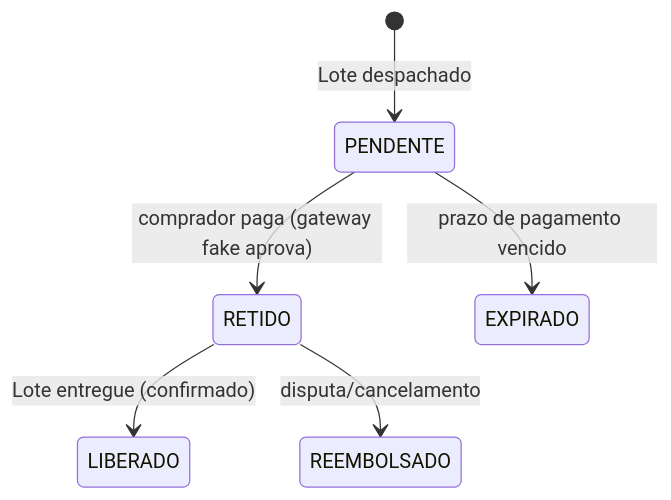
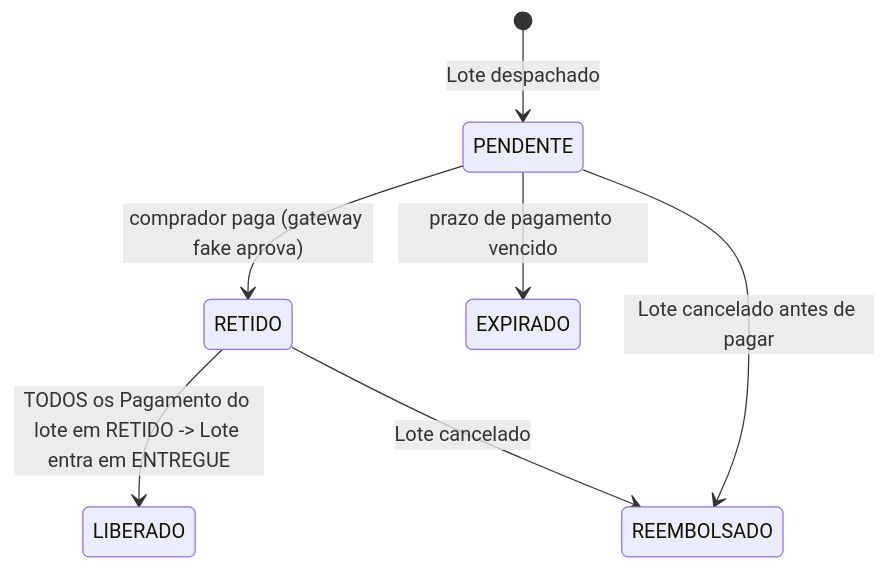
The fourth of 4 diagrams in docs/design-backend.md (joaolmpv/compras-coletivas-amazonia), drawn with Mermaid before and after one commit. The commit also changed other lines of this file, not shown here.

````diff
--- a/docs/design-backend.md
+++ b/docs/design-backend.md
@@ -486,8 +607,9 @@
 ```mermaid
 stateDiagram-v2
     [*] --> PENDENTE: Lote despachado
     PENDENTE --> RETIDO: comprador paga (gateway fake aprova)
-    RETIDO --> LIBERADO: Lote entregue (confirmado)
-    RETIDO --> REEMBOLSADO: disputa/cancelamento
+    RETIDO --> LIBERADO: TODOS os Pagamento do lote em RETIDO -> Lote entra em ENTREGUE
+    RETIDO --> REEMBOLSADO: Lote cancelado
     PENDENTE --> EXPIRADO: prazo de pagamento vencido
+    PENDENTE --> REEMBOLSADO: Lote cancelado antes de pagar
 ```
````
